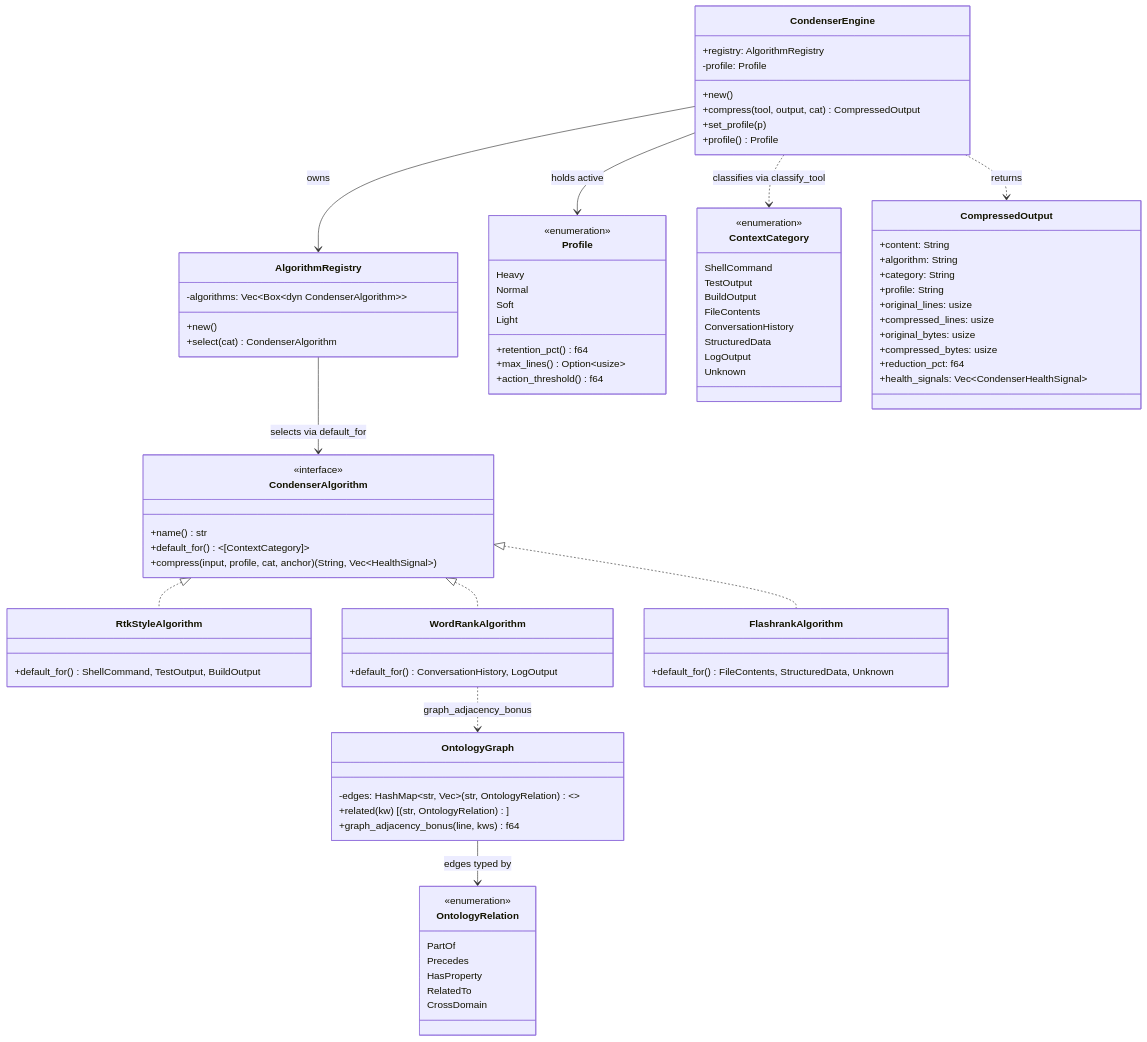
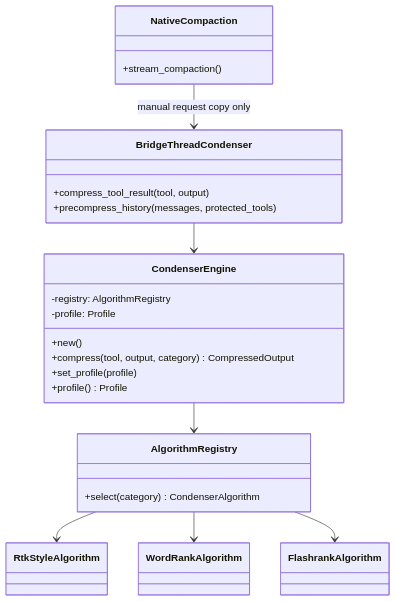
Before and after one commit to mdz-axo/zed-kask: the diagram in kask/docs/diataxis/hkask-condenser/reference.md, drawn with Mermaid. The commit also changed other lines of this file and 15 other files, not shown here.

````diff
--- a/kask/docs/diataxis/hkask-condenser/reference.md
+++ b/kask/docs/diataxis/hkask-condenser/reference.md
@@ -85,88 +31,30 @@
 ```mermaid
 classDiagram
-    class CondenserAlgorithm {
-        <<interface>>
-        +name() str
-        +default_for() ~[ContextCategory]~
-        +compress(input, profile, cat, anchor) (String, Vec~HealthSignal~)
-    }
-    class RtkStyleAlgorithm {
-        +default_for() ShellCommand, TestOutput, BuildOutput
-    }
-    class WordRankAlgorithm {
-        +default_for() ConversationHistory, LogOutput
-    }
-    class FlashrankAlgorithm {
-        +default_for() FileContents, StructuredData, Unknown
+    class CondenserEngine {
+        -registry: AlgorithmRegistry
+        -profile: Profile
+        +new()
+        +compress(tool, output, category) CompressedOutput
+        +set_profile(profile)
+        +profile() Profile
     }
     class AlgorithmRegistry {
-        -algorithms: Vec~Box~dyn CondenserAlgorithm~~
-        +new()
-        +select(cat) CondenserAlgorithm
+        +select(category) CondenserAlgorithm
     }
-    class CondenserEngine {
-        +registry: AlgorithmRegistry
-        -profile: Profile
-        +new()
-        +compress(tool, output, cat) CompressedOutput
-        +set_profile(p)
-        +profile() Profile
+    class RtkStyleAlgorithm
+    class WordRankAlgorithm
+    class FlashrankAlgorithm
+    class BridgeThreadCondenser {
+        +compress_tool_result(tool, output)
+        +precompress_history(messages, protected_tools)
     }
-    class OntologyGraph {
-        -edges: HashMap~str, Vec~(str, OntologyRelation)~~
-        +related(kw) [(str, OntologyRelation)]
-        +graph_adjacency_bonus(line, kws) f64
+    class NativeCompaction {
+        +stream_compaction()
     }
-    class OntologyRelation {
-        <<enumeration>>
-        PartOf
-        Precedes
-        HasProperty
-        RelatedTo
-        CrossDomain
-    }
-    class Profile {
-        <<enumeration>>
-        Heavy
-        Normal
-        Soft
-        Light
-        +retention_pct() f64
-        +max_lines() Option~usize~
-        +action_threshold() f64
-    }
-    class ContextCategory {
-        <<enumeration>>
-        ShellCommand
-        TestOutput
-        BuildOutput
-        FileContents
-        ConversationHistory
-        StructuredData
-        LogOutput
-        Unknown
-    }
-    class CompressedOutput {
-        +content: String
-        +algorithm: String
-        +category: String
-        +profile: String
-        +original_lines: usize
-        +compressed_lines: usize
-        +original_bytes: usize
-        +compressed_bytes: usize
-        +reduction_pct: f64
-        +health_signals: Vec~CondenserHealthSignal~
-    }
-
-    CondenserAlgorithm <|.. RtkStyleAlgorithm
-    CondenserAlgorithm <|.. WordRankAlgorithm
-    CondenserAlgorithm <|.. FlashrankAlgorithm
-    AlgorithmRegistry --> CondenserAlgorithm : selects via default_for
-    CondenserEngine --> AlgorithmRegistry : owns
-    CondenserEngine --> Profile : holds active
-    CondenserEngine ..> ContextCategory : classifies via classify_tool
-    CondenserEngine ..> CompressedOutput : returns
-    WordRankAlgorithm ..> OntologyGraph : graph_adjacency_bonus
-    OntologyGraph --> OntologyRelation : edges typed by
+    CondenserEngine --> AlgorithmRegistry
+    AlgorithmRegistry --> RtkStyleAlgorithm
+    AlgorithmRegistry --> WordRankAlgorithm
+    AlgorithmRegistry --> FlashrankAlgorithm
+    BridgeThreadCondenser --> CondenserEngine
+    NativeCompaction --> BridgeThreadCondenser : manual request copy only
 ```
````
